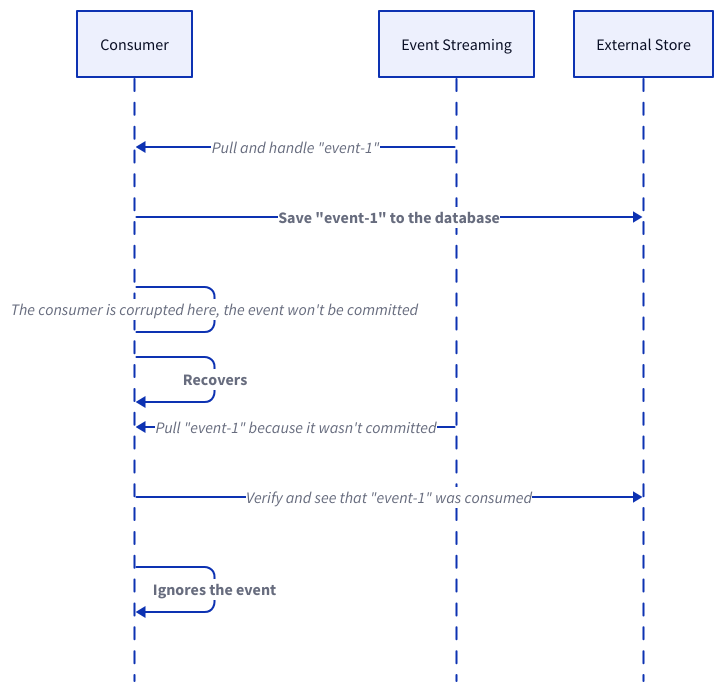
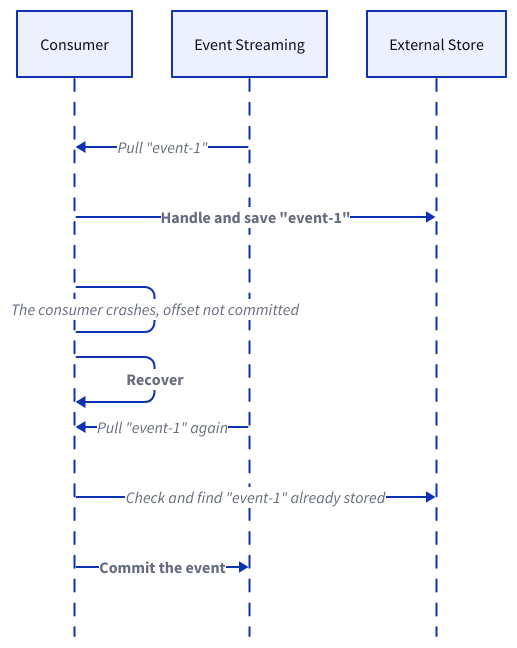
One commit to link1905/system-design-101 changed diagram 30 of 30 in content/docs/data-persistence/event-streaming-platform.md. Above: the diagram before and after it, drawn with D2. The commit also changed other lines of this file and 7 other files, not shown here.

````diff
--- a/content/docs/data-persistence/event-streaming-platform.md
+++ b/content/docs/data-persistence/event-streaming-platform.md
@@ -982,28 +932,27 @@
 ```d2
-
 shape: sequence_diagram
 c: Consumer {
     class: client
 }
 q: Event Streaming {
     class: mq
 }
 d: External Store {
     class: db
 }
-q -> c: Pull and handle "event-1"
-c -> d: Save "event-1" to the database {
+q -> c: Pull "event-1"
+c -> d: Handle and save "event-1" {
     style.bold: true
 }
-c -- c: The consumer is corrupted here, the event won't be committed {
+c -- c: The consumer crashes, offset not committed {
     class: error-conn
 }
-c -> c: Recovers {
+c -> c: Recover {
     style.bold: true
 }
-q -> c: Pull "event-1" because it wasn't committed
-c -> d: Verify and see that "event-1" was consumed
-c -> c: Ignores the event {
+q -> c: Pull "event-1" again
+c -> d: Check and find "event-1" already stored
+c -> q: Commit the event {
     style.bold: true
 }
 ```
````
